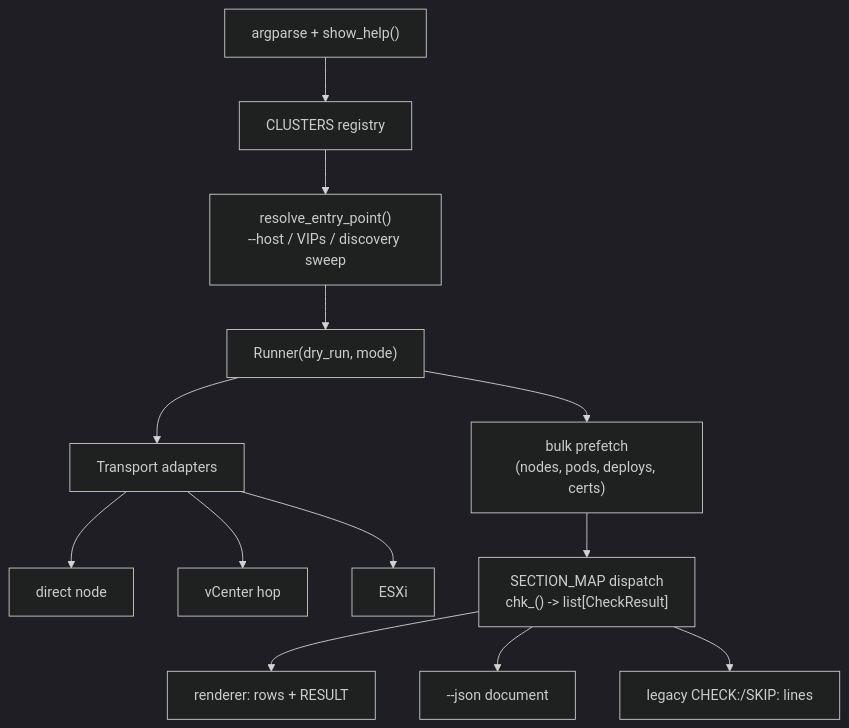
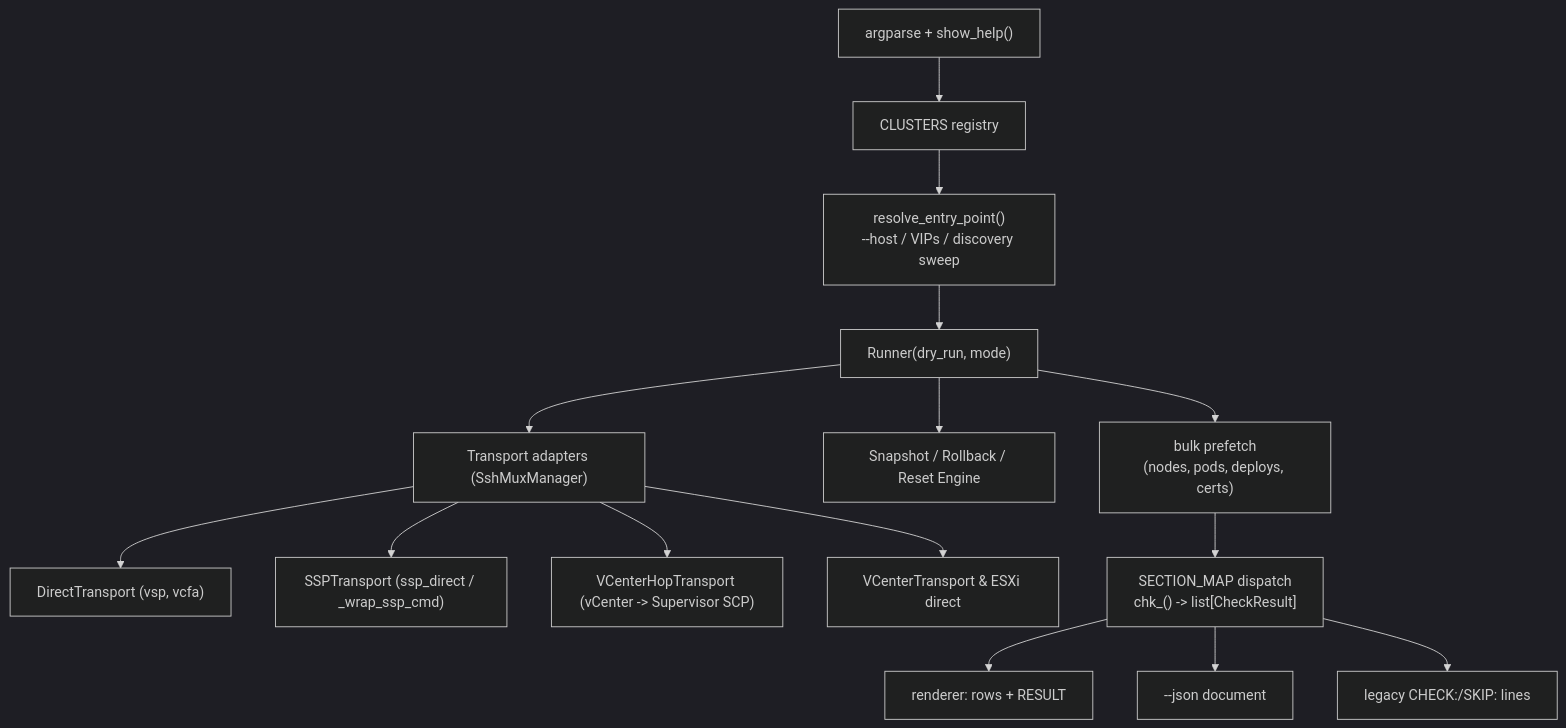
One commit to Broadcom/HOLFY27-MGR-HOLUSER changed the fourth of 4 diagrams in Tools/vcf-lab-tuner.md. Above: the diagram before and after it, drawn with Mermaid (dark theme). The commit also changed other lines of this file, not shown here.

````diff
--- a/Tools/vcf-lab-tuner.md
+++ b/Tools/vcf-lab-tuner.md
@@ -961,15 +1003,17 @@
 ```mermaid
 flowchart TD
     CLI["argparse + show_help()"] --> REG["CLUSTERS registry"]
     REG --> RES["resolve_entry_point()<br/>--host / VIPs / discovery sweep"]
     RES --> RUN["Runner(dry_run, mode)"]
-    RUN --> TR["Transport adapters"]
-    TR --> A1["direct node"]
-    TR --> A2["vCenter hop"]
-    TR --> A3["ESXi"]
+    RUN --> TR["Transport adapters (SshMuxManager)"]
+    TR --> A1["DirectTransport (vsp, vcfa)"]
+    TR --> A2["SSPTransport (ssp_direct / _wrap_ssp_cmd)"]
+    TR --> A3["VCenterHopTransport (vCenter -> Supervisor SCP)"]
+    TR --> A4["VCenterTransport & ESXi direct"]
+    RUN --> SNAP["Snapshot / Rollback / Reset Engine"]
     RUN --> PRE["bulk prefetch<br/>(nodes, pods, deploys, certs)"]
     PRE --> DISP["SECTION_MAP dispatch<br/>chk_<key>() -> list[CheckResult]"]
     DISP --> REND["renderer: rows + RESULT"]
     DISP --> JSON["--json document"]
     DISP --> LEGACY["legacy CHECK:/SKIP: lines"]
 ```
````
